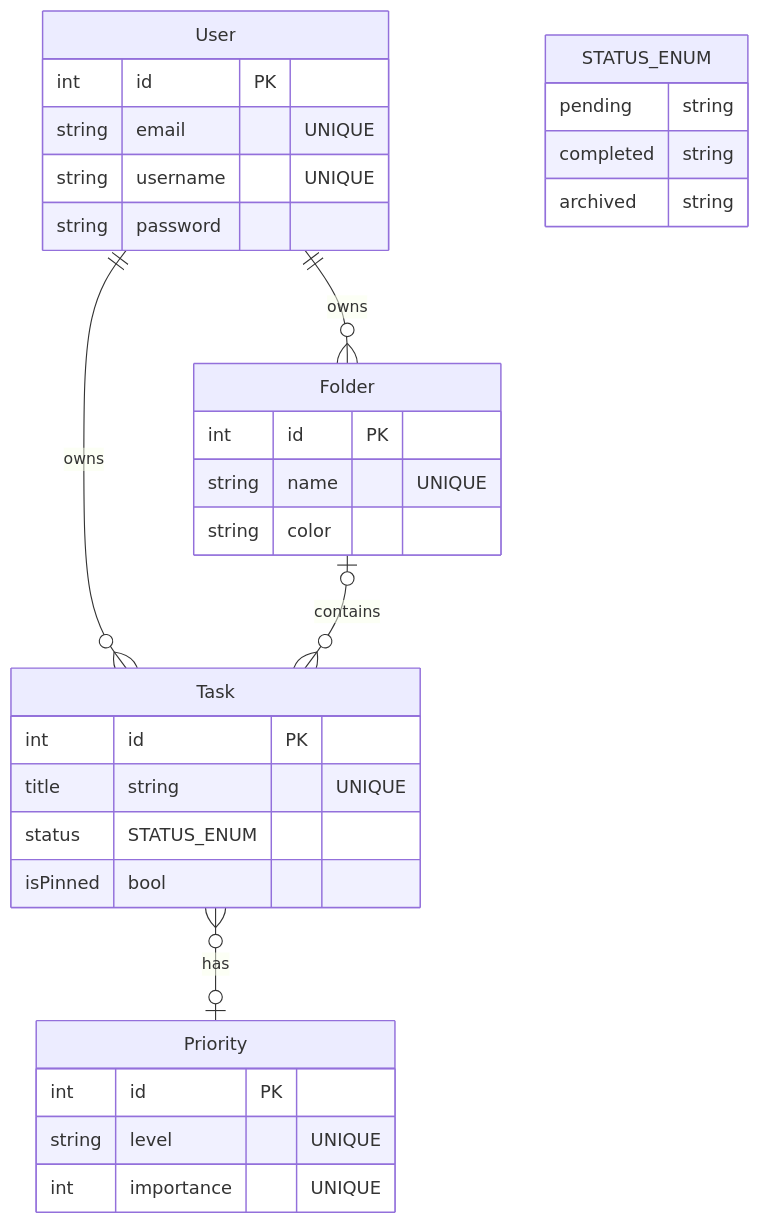
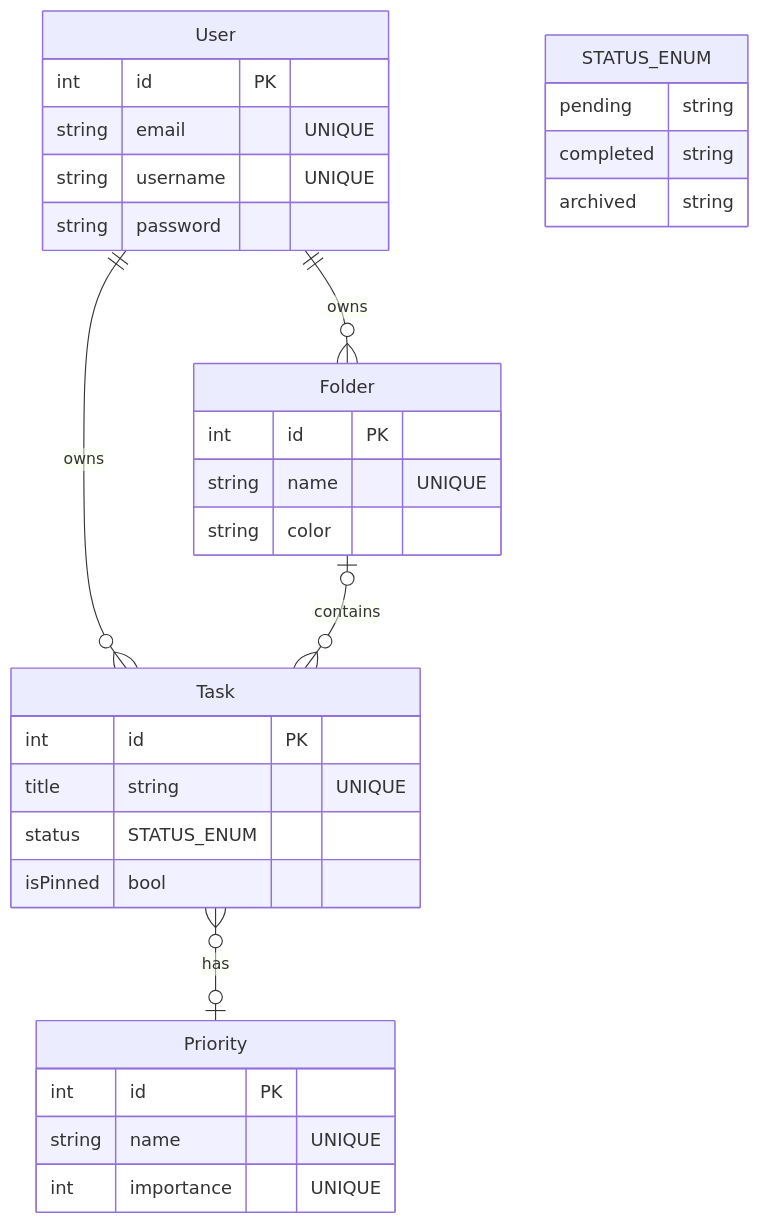
The diagram in README.md (CHAOUCHI/phase3-symfony-tasklist-reloaded), drawn with Mermaid before and after one commit.

Commit message:
update Prioty.level to Priority.name table field for clarity inside the ER Diagram

````diff
--- a/README.md
+++ b/README.md
@@ -77,36 +77,36 @@
 ```mermaid
 erDiagram
     User{
         int id PK
         string email "UNIQUE"
         string username "UNIQUE"
         string password
     }
     Task{
         int id PK
         title string "UNIQUE"
         status STATUS_ENUM
         isPinned bool
     }
     Priority{
         int id PK
-        string level "UNIQUE"
+        string name "UNIQUE"
         int importance "UNIQUE"
     }
     Folder{
         int id PK
         string name "UNIQUE"
         string color
     }
     
     STATUS_ENUM{
         pending string
         completed string
         archived string
     }
     
     Task }o--o| Priority : has
     User ||--o{ Task : owns
     User ||--o{ Folder : owns
     Folder |o--o{ Task : contains
 ```
````
